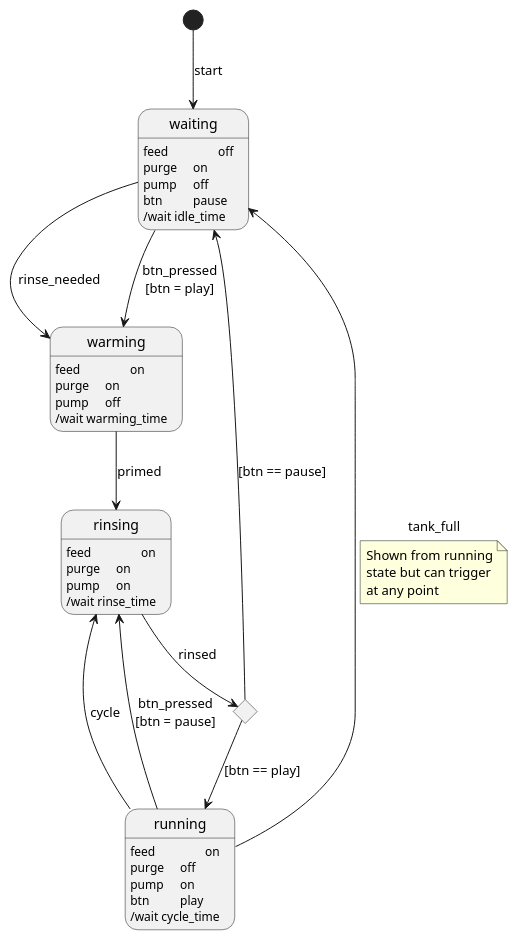
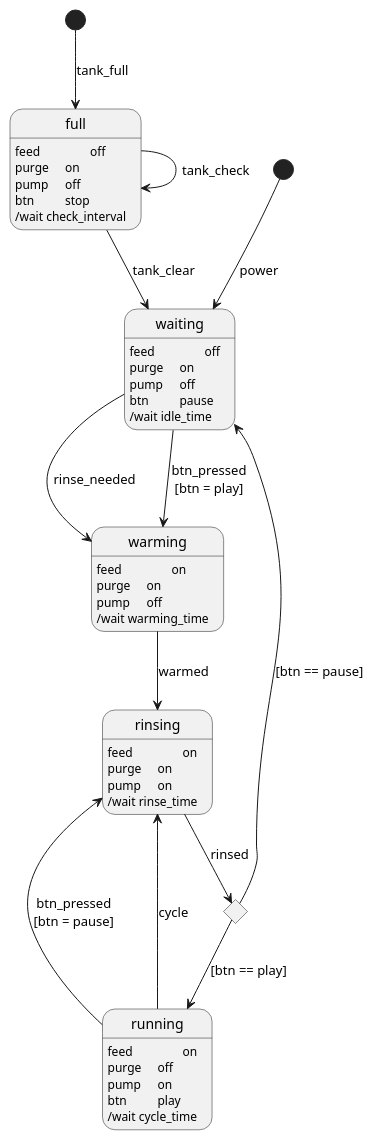
Before and after one commit to rlhatcher/aquarium: the diagram in water/water_state.puml, drawn with PlantUML. The commit also changed 3 other files, not shown here.

```diff
--- a/water/water_state.puml
+++ b/water/water_state.puml
@@ -1,48 +1,57 @@
 @startuml water_state
 hide empty description
 
 state waiting {
   waiting: feed\t\toff
   waiting: purge\ton
   waiting: pump\toff
   waiting: btn\t\tpause
   waiting: /wait idle_time
 }
 
 state warming {
   warming : feed\t\ton
   warming : purge\ton
   warming : pump\toff
   warming : /wait warming_time
 }
 
 state rinsing {
   rinsing: feed\t\ton
   rinsing: purge\ton
   rinsing: pump\ton
   rinsing: /wait rinse_time
 }
 
 state running {
   running: feed\t\ton
   running: purge\toff
   running: pump\ton
   running: btn\t\tplay
   running: /wait cycle_time
 }
+
+state full {
+  full: feed\t\toff
+  full: purge\ton
+  full: pump\toff
+  full: btn\t\tstop
+  full: /wait check_interval
+}
 state stopstart <<choice>>
-
-[*] --> waiting : start
+state tank_full <<start>>
+[*] --> waiting : power
 
 waiting --> warming : rinse_needed
 waiting --> warming : btn_pressed\n[btn = play]
-warming --> rinsing: primed
+warming --> rinsing: warmed
 rinsing --> stopstart: rinsed
 stopstart --> running : [btn == play]
 running --> rinsing: btn_pressed\n[btn = pause]
 stopstart--> waiting : [btn == pause]
 running --> rinsing: cycle
-running --> waiting: tank_full
-note on link : Shown from running\nstate but can trigger\nat any point
+tank_full --> full: tank_full
+full --> waiting: tank_clear
+full --> full: tank_check
 
 @enduml
```
